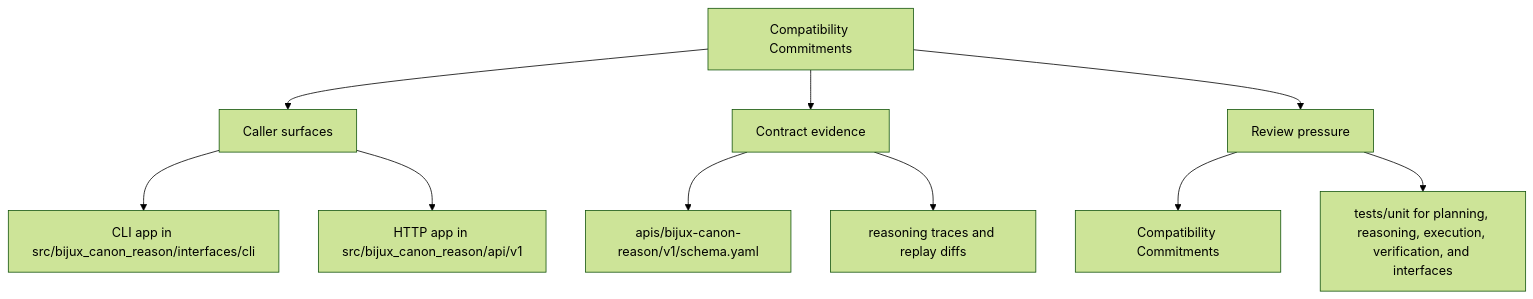
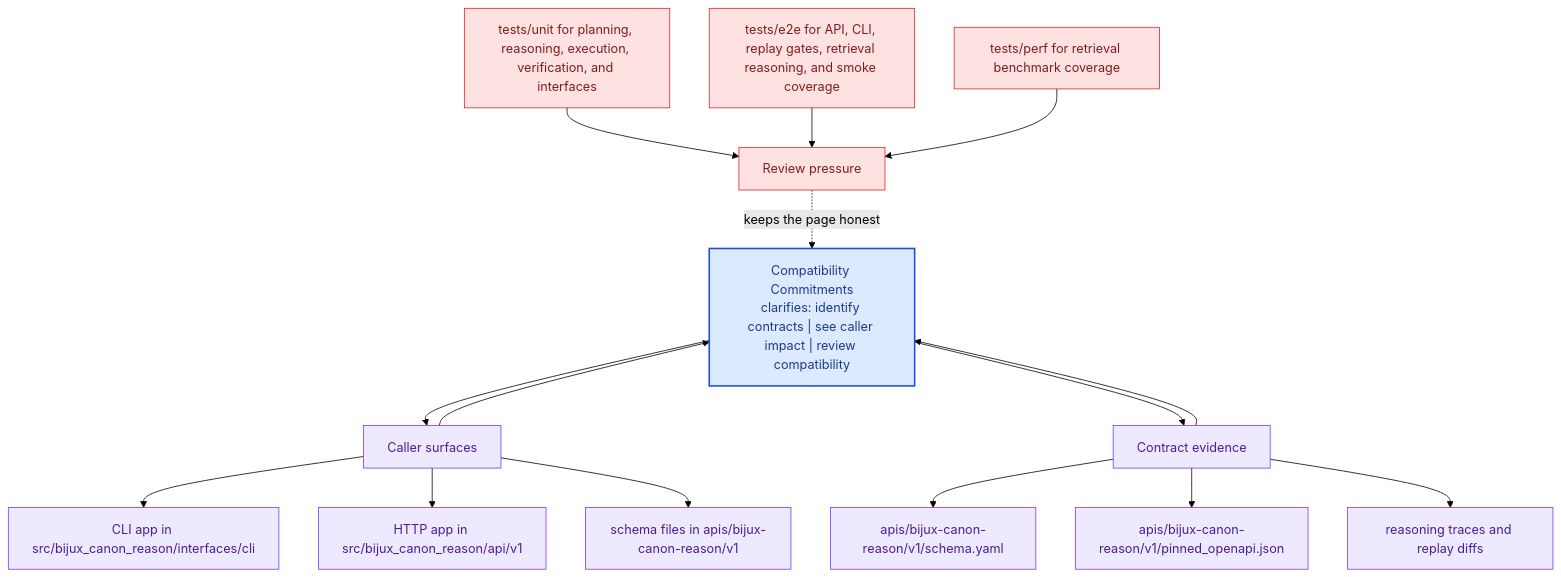
Before and after one commit to bijux/bijux-canon: the second of 2 diagrams in docs/bijux-canon-reason/interfaces/compatibility-commitments.md, drawn with Mermaid (forest theme). The commit also changed other lines of this file and 281 other files, not shown here.

Commit message:
docs(diagrams): deepen handbook mermaid maps across the catalog

````diff
--- a/docs/bijux-canon-reason/interfaces/compatibility-commitments.md
+++ b/docs/bijux-canon-reason/interfaces/compatibility-commitments.md
@@ -35,22 +68,41 @@
 ```mermaid
-flowchart TD
-    page["Compatibility Commitments"]
+flowchart TB
+    promise["Compatibility Commitments<br/>clarifies: identify contracts | see caller impact | review compatibility"]
+    classDef promise fill:#dbeafe,stroke:#1d4ed8,color:#1e3a8a,stroke-width:2px;
+    classDef driver fill:#dcfce7,stroke:#16a34a,color:#14532d;
+    classDef constraint fill:#fee2e2,stroke:#dc2626,color:#7f1d1d;
+    classDef ground fill:#ede9fe,stroke:#7c3aed,color:#4c1d95;
     focus1["Caller surfaces"]
-    page --> focus1
+    focus1 --> promise
+    promise --> focus1
     focus1_1["CLI app in src/bijux_canon_reason/interfaces/cli"]
     focus1 --> focus1_1
     focus1_2["HTTP app in src/bijux_canon_reason/api/v1"]
     focus1 --> focus1_2
+    focus1_3["schema files in apis/bijux-canon-reason/v1"]
+    focus1 --> focus1_3
+    class focus1 ground;
+    class focus1_1,focus1_2,focus1_3 ground;
     focus2["Contract evidence"]
-    page --> focus2
+    focus2 --> promise
+    promise --> focus2
     focus2_1["apis/bijux-canon-reason/v1/schema.yaml"]
     focus2 --> focus2_1
-    focus2_2["reasoning traces and replay diffs"]
+    focus2_2["apis/bijux-canon-reason/v1/pinned_openapi.json"]
     focus2 --> focus2_2
+    focus2_3["reasoning traces and replay diffs"]
+    focus2 --> focus2_3
+    class focus2 ground;
+    class focus2_1,focus2_2,focus2_3 ground;
     focus3["Review pressure"]
-    page --> focus3
-    focus3_1["Compatibility Commitments"]
-    focus3 --> focus3_1
-    focus3_2["tests/unit for planning, reasoning, execution, verification, and interfaces"]
-    focus3 --> focus3_2
+    focus3 -.keeps the page honest.-> promise
+    focus3_1["tests/unit for planning, reasoning, execution, verification, and interfaces"]
+    focus3_1 --> focus3
+    focus3_2["tests/e2e for API, CLI, replay gates, retrieval reasoning, and smoke coverage"]
+    focus3_2 --> focus3
+    focus3_3["tests/perf for retrieval benchmark coverage"]
+    focus3_3 --> focus3
+    class focus3 constraint;
+    class focus3_1,focus3_2,focus3_3 constraint;
+    class promise promise;
 ```
````
